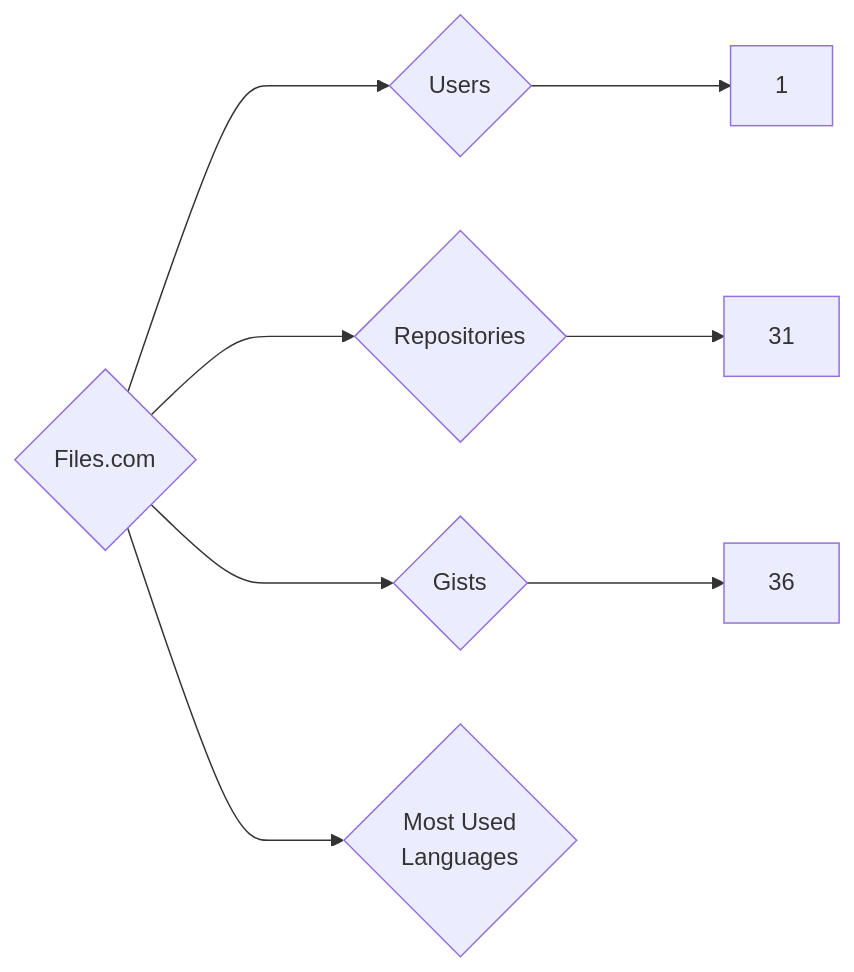
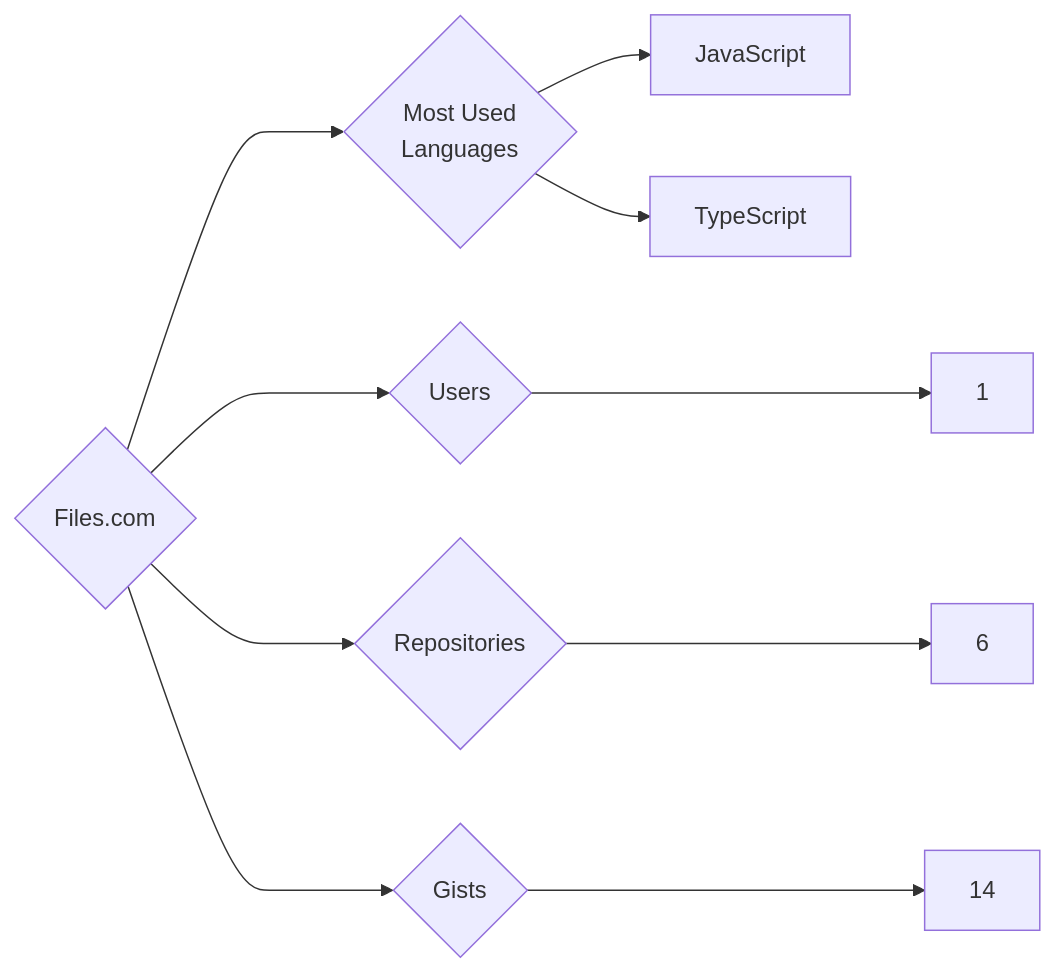
One commit to trickest/insiders changed the diagram in targets/Files.com/README.md. Above: the diagram before and after it, drawn with Mermaid. The commit also changed 882 other files, not shown here.

````diff
--- a/targets/Files.com/README.md
+++ b/targets/Files.com/README.md
@@ -3,8 +3,10 @@
 ```mermaid
 graph LR
 COMPANY_NAME{Files.com}
 COMPANY_NAME ---> U{Users} ---> UN[1]
-COMPANY_NAME ---> R{Repositories} ---> RN[31]
-COMPANY_NAME ---> G{Gists} ---> GN[36]
+COMPANY_NAME ---> R{Repositories} ---> RN[6]
+COMPANY_NAME ---> G{Gists} ---> GN[14]
 COMPANY_NAME ---> ML{Most Used<br>Languages}
+ML --> JavaScript[JavaScript]
+ML --> TypeScript[TypeScript]
 ```
````
